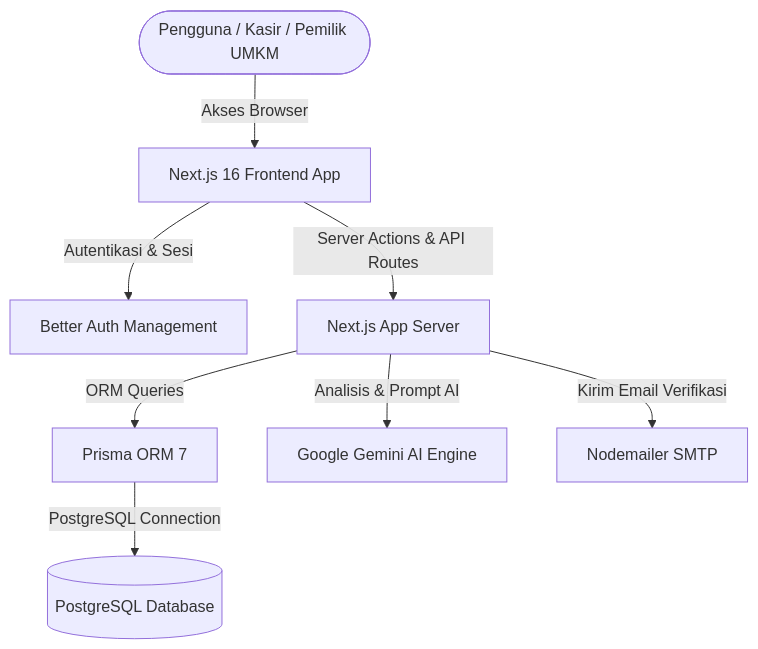
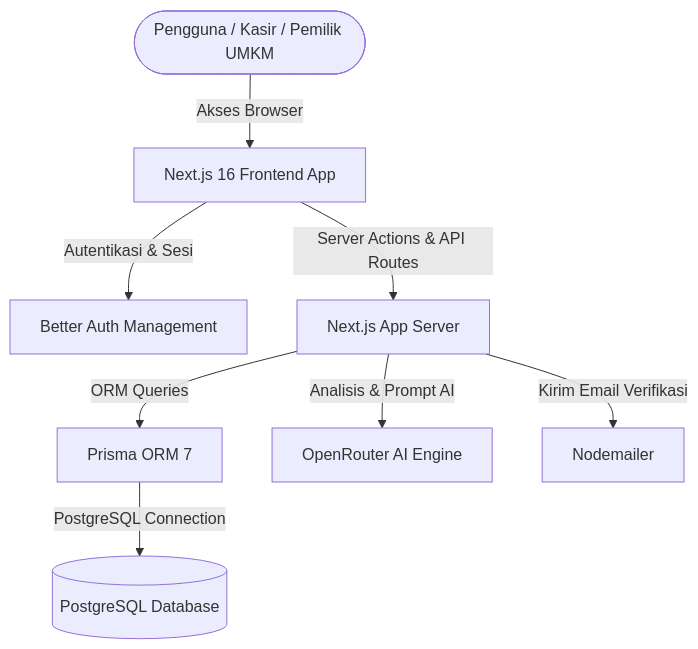
The diagram in README.md (AbimanyuGilar/trafina), drawn with Mermaid before and after one commit. The commit also changed other lines of this file and 9 other files, not shown here.

````diff
--- a/README.md
+++ b/README.md
@@ -166,10 +165,10 @@
 ```mermaid
 flowchart TD
     User([Pengguna / Kasir / Pemilik UMKM]) -->|Akses Browser| Client[Next.js 16 Frontend App]
     Client -->|Autentikasi & Sesi| Auth[Better Auth Management]
     Client -->|Server Actions & API Routes| Server[Next.js App Server]
     Server -->|ORM Queries| Prisma[Prisma ORM 7]
     Prisma -->|PostgreSQL Connection| DB[(PostgreSQL Database)]
-    Server -->|Analisis & Prompt AI| Gemini[Google Gemini AI Engine]
-    Server -->|Kirim Email Verifikasi| Mail[Nodemailer SMTP]
+    Server -->|Analisis & Prompt AI| OpenRouter[OpenRouter AI Engine]
+    Server -->|Kirim Email Verifikasi| Mail[Nodemailer]
 ```
````
